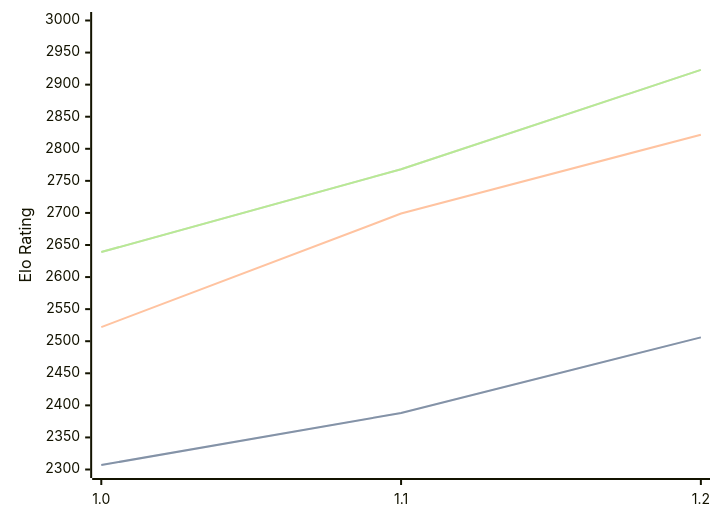
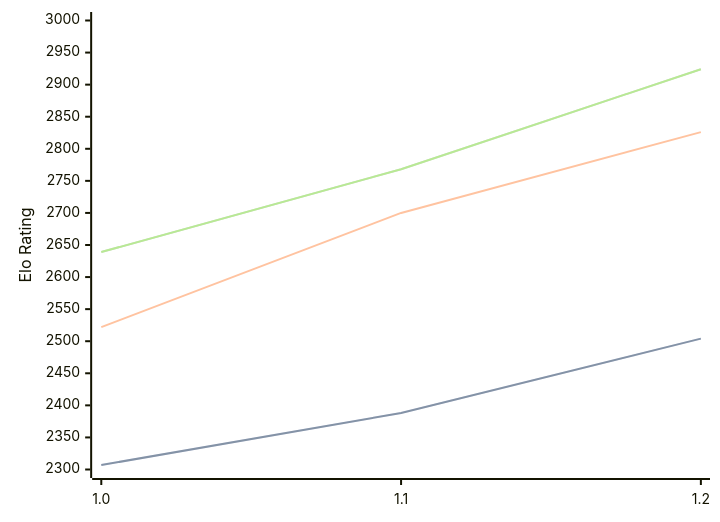
The diagram in engines/FoxChess.md (computer-chess-index/cci), drawn with Mermaid before and after one commit. The commit also changed other lines of this file, not shown here.

Commit message:
Update CCI Ratings (ELO VLTC) - 2026-07-25

````diff
--- a/engines/FoxChess.md
+++ b/engines/FoxChess.md
@@ -33,11 +33,11 @@
 ```mermaid
 %%{init: {"theme":"base","themeVariables":{"seriesColors:['#a3a3a3','#222221','#faa371']}}}%%
 xychart-beta
   x-axis ["1.0", "1.1", "1.2"]
   y-axis "Elo Rating" 2300 --> 3000
-  line "STC (8.0+0.08s)" [2307, 2388, 2506]
-  line "STC (8.0+0.08s)" [2307, 2388, 2506]
-  line "LTC (60.0+0.60s)" [2522, 2699, 2822]
-  line "VLTC (2m24s+1.12s)" [2639, 2768, 2923]
-  line "VLTC (2m24s+1.12s)" [2639, 2768, 2923]
+  line "STC (8.0+0.08s)" [2307, 2388, 2504]
+  line "STC (8.0+0.08s)" [2307, 2388, 2504]
+  line "LTC (60.0+0.60s)" [2522, 2700, 2826]
+  line "VLTC (2m24s+1.12s)" [2639, 2768, 2924]
+  line "VLTC (2m24s+1.12s)" [2639, 2768, 2924]
 ```
````
